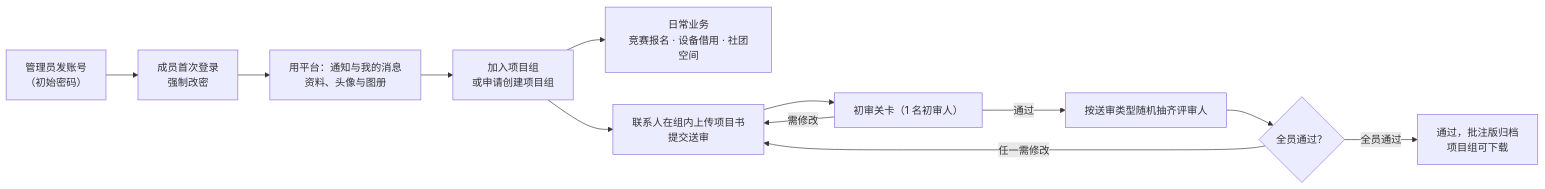
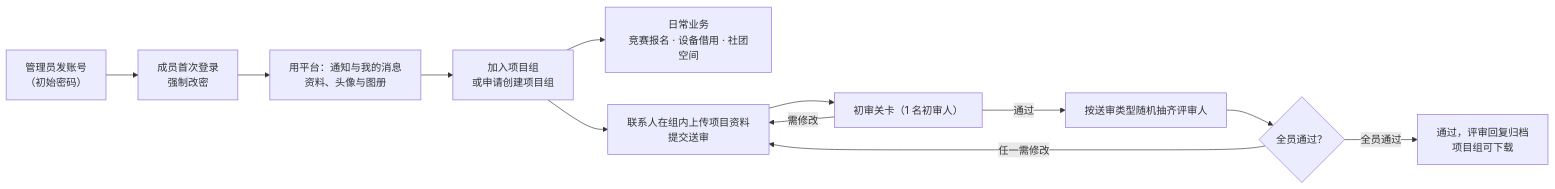
Before and after one commit to new-tocode/702platform: the diagram in docs/更新维护/业务流.md, drawn with Mermaid. The commit also changed other lines of this file and 13 other files, not shown here.

````diff
--- a/docs/更新维护/业务流.md
+++ b/docs/更新维护/业务流.md
@@ -17,14 +17,14 @@
 ```mermaid
 graph LR
     A["管理员发账号<br/>（初始密码）"] --> B["成员首次登录<br/>强制改密"]
     B --> C["用平台：通知与我的消息<br/>资料、头像与图册"]
     C --> D["加入项目组<br/>或申请创建项目组"]
     D --> E["日常业务<br/>竞赛报名 · 设备借用 · 社团空间"]
-    D --> F["联系人在组内上传项目书<br/>提交送审"]
+    D --> F["联系人在组内上传项目资料<br/>提交送审"]
     F --> G["初审关卡（1 名初审人）"]
     G -->|需修改| F
     G -->|通过| H["按送审类型随机抽齐评审人"]
     H --> I{"全员通过？"}
     I -->|任一需修改| F
-    I -->|全员通过| J["通过，批注版归档<br/>项目组可下载"]
+    I -->|全员通过| J["通过，评审回复归档<br/>项目组可下载"]
 ```
````
